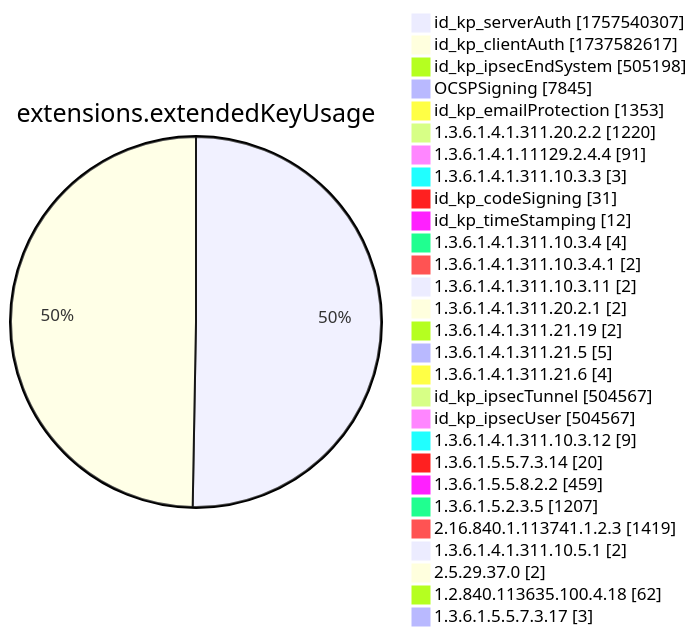
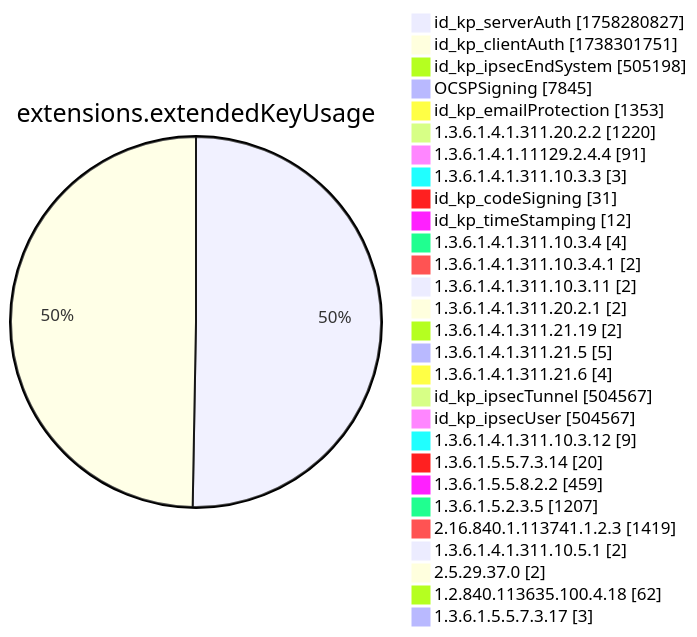
One commit to christiankrug/ctmonitor_visualization changed diagram 12 of 15 in xenon2022/README.md. Above: the diagram before and after it, drawn with Mermaid. The commit also changed other lines of this file, not shown here.

````diff
--- a/xenon2022/README.md
+++ b/xenon2022/README.md
@@ -3892,32 +3892,32 @@
 ```mermaid
 pie showData
 title extensions.extendedKeyUsage
-"id_kp_serverAuth" :1757540307
-"id_kp_clientAuth" :1737582617
+"id_kp_serverAuth" :1758280827
+"id_kp_clientAuth" :1738301751
 "id_kp_ipsecEndSystem" :505198
 "OCSPSigning" :7845
 "id_kp_emailProtection" :1353
 "1.3.6.1.4.1.311.20.2.2" :1220
 "1.3.6.1.4.1.11129.2.4.4" :91
 "1.3.6.1.4.1.311.10.3.3" :3
 "id_kp_codeSigning" :31
 "id_kp_timeStamping" :12
 "1.3.6.1.4.1.311.10.3.4" :4
 "1.3.6.1.4.1.311.10.3.4.1" :2
 "1.3.6.1.4.1.311.10.3.11" :2
 "1.3.6.1.4.1.311.20.2.1" :2
 "1.3.6.1.4.1.311.21.19" :2
 "1.3.6.1.4.1.311.21.5" :5
 "1.3.6.1.4.1.311.21.6" :4
 "id_kp_ipsecTunnel" :504567
 "id_kp_ipsecUser" :504567
 "1.3.6.1.4.1.311.10.3.12" :9
 "1.3.6.1.5.5.7.3.14" :20
 "1.3.6.1.5.5.8.2.2" :459
 "1.3.6.1.5.2.3.5" :1207
 "2.16.840.1.113741.1.2.3" :1419
 "1.3.6.1.4.1.311.10.5.1" :2
 "2.5.29.37.0" :2
 "1.2.840.113635.100.4.18" :62
 "1.3.6.1.5.5.7.3.17" :3
 ```
````
